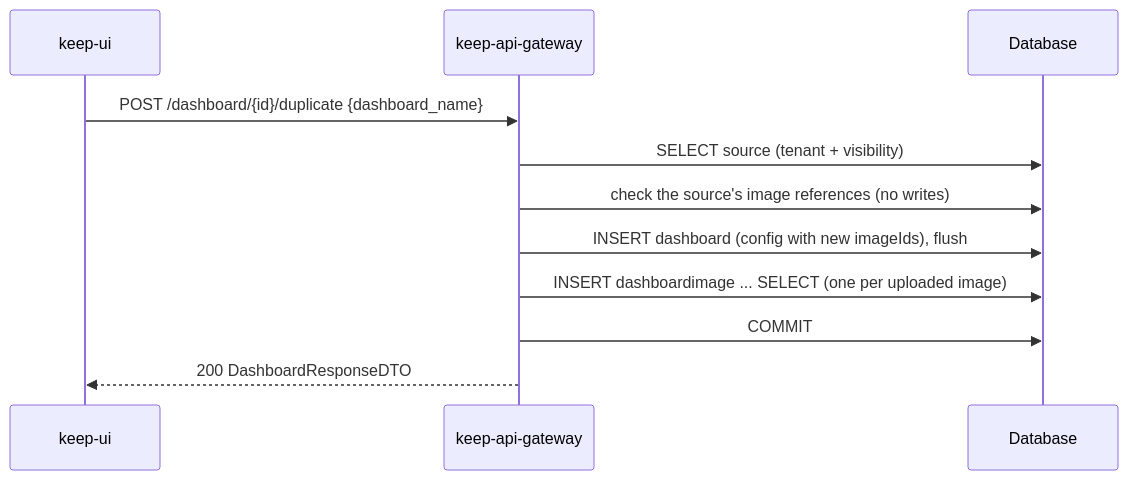
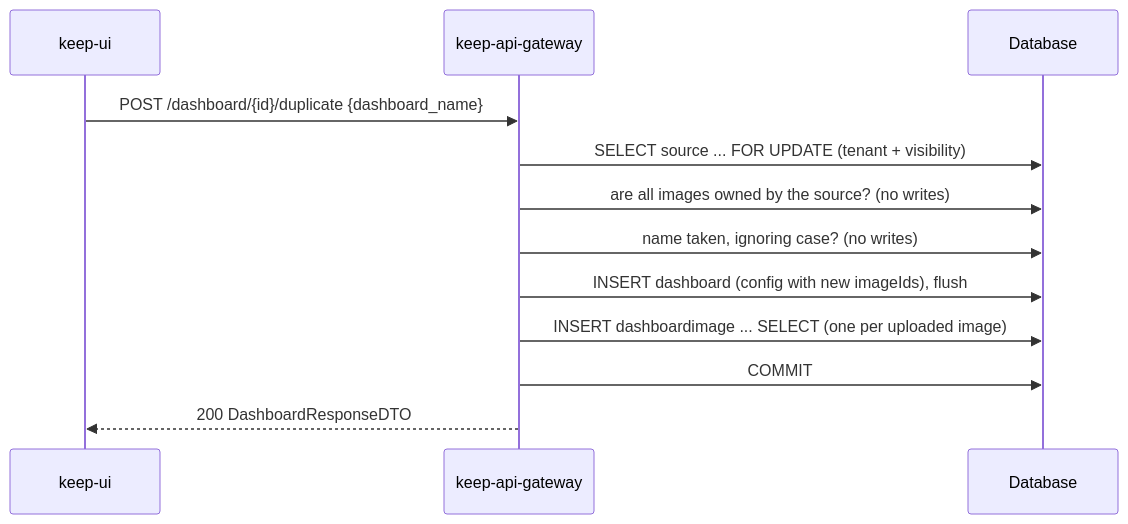
Before and after one commit to venaTeam/keep-api-gateway: the diagram in docs/dashboard-duplicate.md, drawn with Mermaid. The commit also changed other lines of this file, not shown here.

````diff
--- a/docs/dashboard-duplicate.md
+++ b/docs/dashboard-duplicate.md
@@ -95,13 +107,14 @@
 ```mermaid
 sequenceDiagram
     participant UI as keep-ui
     participant GW as keep-api-gateway
     participant DB as Database
     UI->>GW: POST /dashboard/{id}/duplicate {dashboard_name}
-    GW->>DB: SELECT source (tenant + visibility)
-    GW->>DB: check the source's image references (no writes)
+    GW->>DB: SELECT source ... FOR UPDATE (tenant + visibility)
+    GW->>DB: are all images owned by the source? (no writes)
+    GW->>DB: name taken, ignoring case? (no writes)
     GW->>DB: INSERT dashboard (config with new imageIds), flush
     GW->>DB: INSERT dashboardimage ... SELECT (one per uploaded image)
     GW->>DB: COMMIT
     GW-->>UI: 200 DashboardResponseDTO
 ```
````
